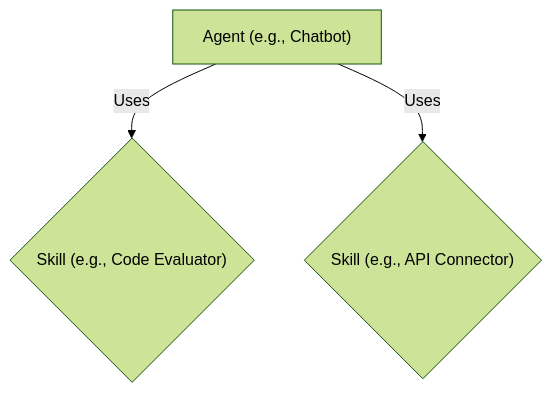
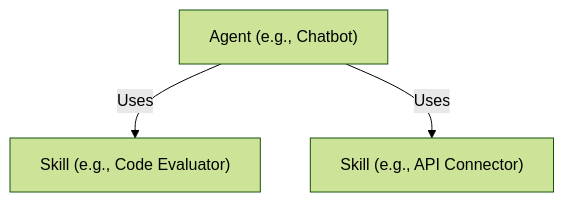
The first of 2 diagrams in packages/cli/docs/core-concepts-agents-and-skills.md (AIGNE-io/aigne-framework), drawn with Mermaid (forest theme) before and after one commit. The commit also changed other lines of this file and 39 other files, not shown here.

````diff
--- a/packages/cli/docs/core-concepts-agents-and-skills.md
+++ b/packages/cli/docs/core-concepts-agents-and-skills.md
@@ -5,5 +9,5 @@
 ```mermaid
 graph TD;
-    A["Agent (e.g., Chatbot)"] -- "Uses" --> B{"Skill (e.g., Code Evaluator)"};
-    A["Agent (e.g., Chatbot)"] -- "Uses" --> C{"Skill (e.g., API Connector)"};
+    A["Agent (e.g., Chatbot)"] -- "Uses" --> B["Skill (e.g., Code Evaluator)"];
+    A["Agent (e.g., Chatbot)"] -- "Uses" --> C["Skill (e.g., API Connector)"];
 ```
````
